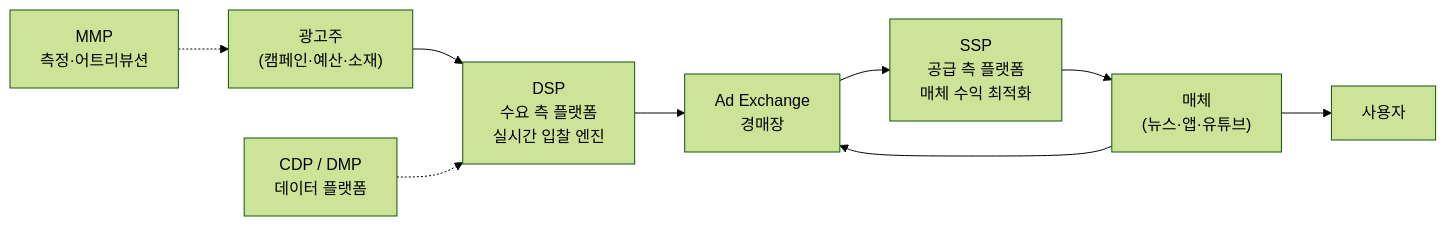
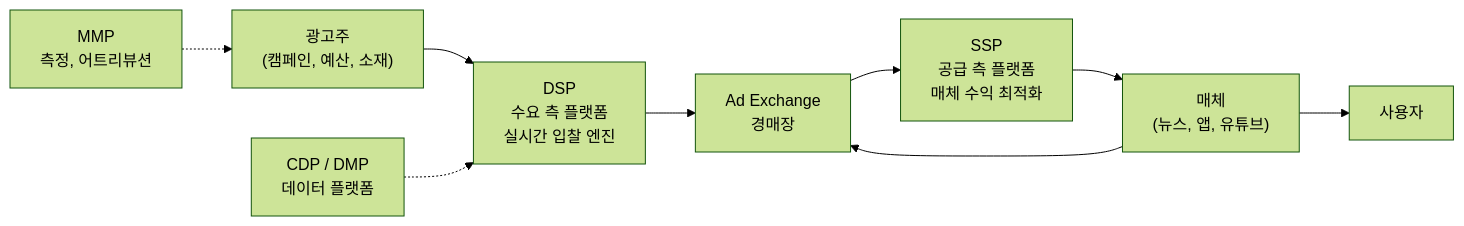
One commit to chkimsu/adtech-blog changed the diagram in posts/adtech-30min-primer.md. Above: the diagram before and after it, drawn with Mermaid (forest theme). The commit also changed other lines of this file and 25 other files, not shown here.

````diff
--- a/posts/adtech-30min-primer.md
+++ b/posts/adtech-30min-primer.md
@@ -31,12 +31,12 @@
 ```mermaid
 flowchart LR
-  Advertiser["광고주<br/>(캠페인·예산·소재)"] --> DSP
+  Advertiser["광고주<br/>(캠페인, 예산, 소재)"] --> DSP
   DSP["DSP<br/>수요 측 플랫폼<br/>실시간 입찰 엔진"] --> Exchange
   Exchange["Ad Exchange<br/>경매장"] --> SSP
   SSP["SSP<br/>공급 측 플랫폼<br/>매체 수익 최적화"] --> Publisher
-  Publisher["매체<br/>(뉴스·앱·유튜브)"] --> User["사용자"]
+  Publisher["매체<br/>(뉴스, 앱, 유튜브)"] --> User["사용자"]
 
   CDP["CDP / DMP<br/>데이터 플랫폼"] -.-> DSP
-  MMP["MMP<br/>측정·어트리뷰션"] -.-> Advertiser
+  MMP["MMP<br/>측정, 어트리뷰션"] -.-> Advertiser
   Publisher --> Exchange
 ```
````
